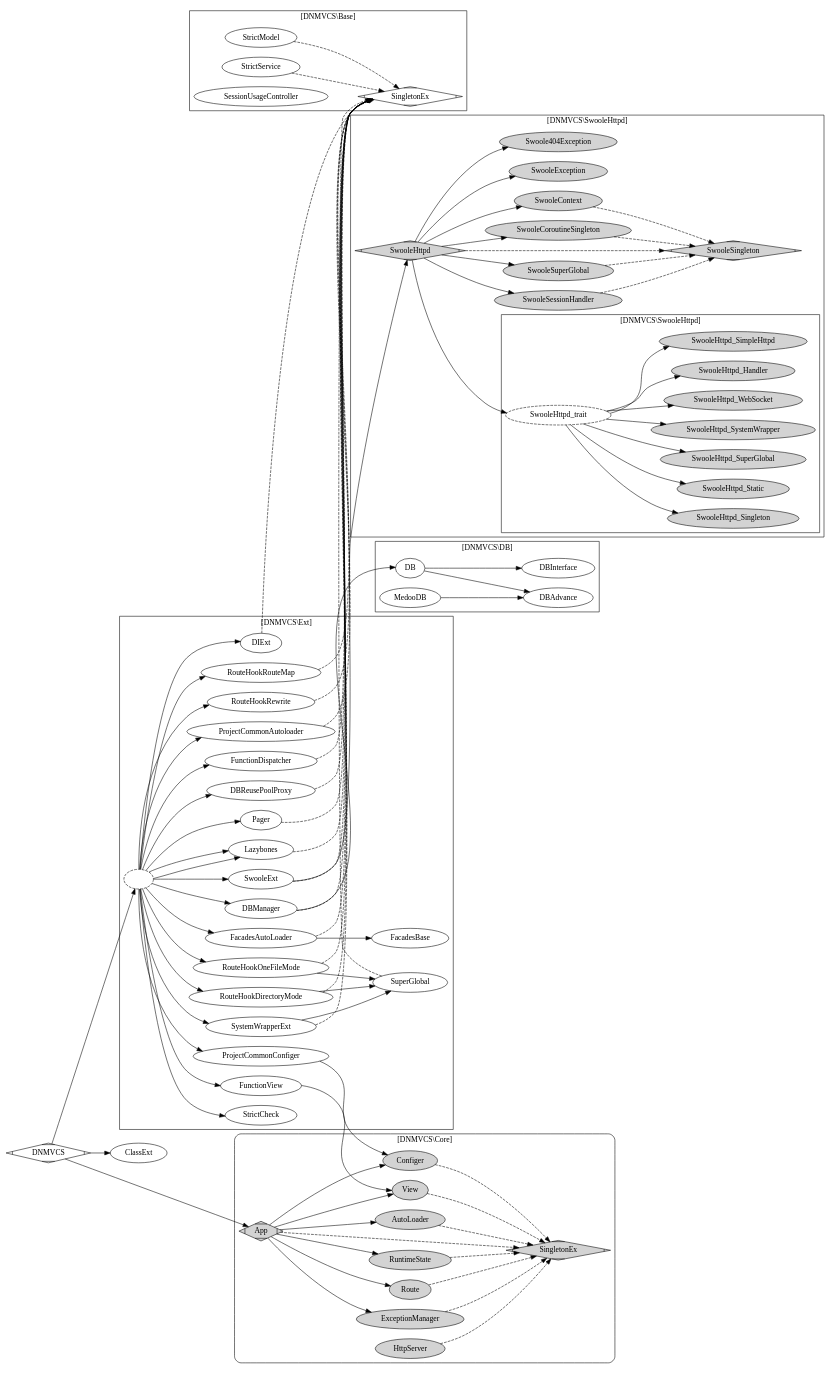
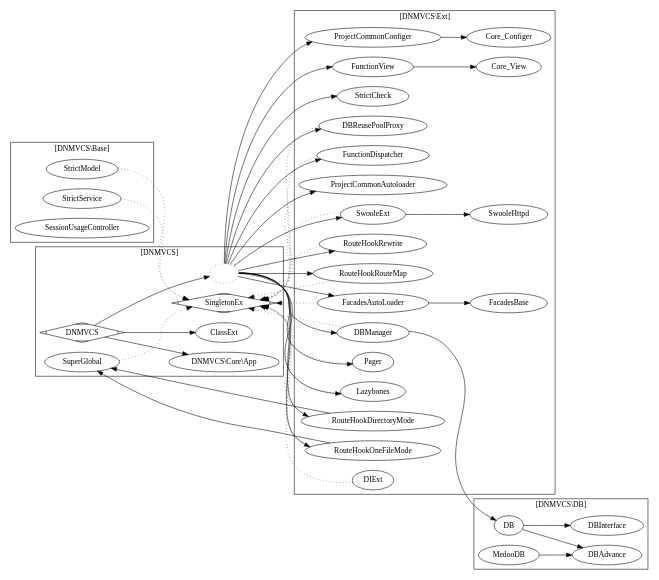
One commit to dvaknheo/duckphp changed the diagram in doc/dnmvcs.gv. Above: the diagram before and after it, drawn with Graphviz. The commit also changed 2 other files, not shown here.

Commit message:
更新 Framework 结构图

```diff
--- a/doc/dnmvcs.gv
+++ b/doc/dnmvcs.gv
@@ -1,175 +1,101 @@
 digraph G{
 /* This is a graphviz file */
 graph [rankdir = "LR"];
+    SingletonEx [shape=Mdiamond];
 
+subgraph cluster_DNMVCS {
+    label = "[DNMVCS]";
 
+    DNMVCS -> Core_App;
+    DNMVCS -> ClassExt;
 
-SingletonEx;
+    DNMVCS -> Ext;
 
+    
+    SuperGlobal -> SingletonEx[style="dotted"]; 
+    
+    ClassExt;
+    SuperGlobal;
+    DNMVCS [shape=Mdiamond];
+    
+    Core_App[label="DNMVCS\\Core\\App"];
+
+}
 subgraph cluster_Base {
     label = "[DNMVCS\\Base]";
-StrictModel -> SingletonEx [style="dashed"]; 
-StrictService -> SingletonEx [style="dashed"]; 
+StrictModel -> SingletonEx [style="dotted"]; 
+StrictService -> SingletonEx [style="dotted"]; 
 SessionUsageController;
-}
-subgraph cluster_SwooleHttpd {
-    node [style=filled];
-    label = "[DNMVCS\\SwooleHttpd]";
-
-subgraph cluster_SwooleHttpd_trait {
-
-SwooleHttpd_trait [style="dashed"];
-SwooleHttpd_trait -> SwooleHttpd_SimpleHttpd;
-SwooleHttpd_trait -> SwooleHttpd_Singleton;
-SwooleHttpd_trait -> SwooleHttpd_Static;
-SwooleHttpd_trait -> SwooleHttpd_SuperGlobal;
-SwooleHttpd_trait -> SwooleHttpd_SystemWrapper;
-SwooleHttpd_trait -> SwooleHttpd_WebSocket;
-SwooleHttpd_trait -> SwooleHttpd_Handler;
-
-}
-SwooleHttpd -> SwooleHttpd_trait;
-
-SwooleHttpd -> SwooleCoroutineSingleton;
-SwooleHttpd -> SwooleContext;
-SwooleHttpd -> SwooleException;
-SwooleHttpd -> Swoole404Exception;
-
-SwooleHttpd -> SwooleSessionHandler;
-SwooleHttpd -> SwooleSuperGlobal;
-
-
-SwooleHttpd -> SwooleSingleton [style="dashed"];
-SwooleCoroutineSingleton -> SwooleSingleton [style="dashed"];
-SwooleContext -> SwooleSingleton [style="dashed"];
-SwooleSuperGlobal -> SwooleSingleton [style="dashed"];
-SwooleSessionHandler -> SwooleSingleton [style="dashed"];
-
-SwooleHttpd [label="SwooleHttpd";shape=Mdiamond];
-SwooleSingleton [label="SwooleSingleton";shape=Mdiamond];
-
-SwooleCoroutineSingleton [label="SwooleCoroutineSingleton"];
-SwooleException [label="SwooleException"];
-Swoole404Exception [label="Swoole404Exception"];
-SwooleContext [label="SwooleContext"];
-SwooleSuperGlobal [label="SwooleSuperGlobal"];
-SwooleSessionHandler [label="SwooleSessionHandler"];
-
-}
-subgraph cluster_Core {
-    style = "rounded";
-    label = "[DNMVCS\\Core]";
-    node [style=filled];
-    
-    Core_App -> Core_AutoLoader ;
-    Core_App -> Core_ExceptionManager;
-    Core_App -> Core_View;
-    Core_App -> Core_Configer;
-    Core_App -> Core_Route;
-    Core_App -> Core_RuntimeState;
-    
-    Core_App -> Core_SingletonEx [style="dashed"];
-    Core_AutoLoader -> Core_SingletonEx [style="dashed"];
-    Core_ExceptionManager -> Core_SingletonEx [style="dashed"];
-    Core_View -> Core_SingletonEx [style="dashed"];
-    Core_Configer -> Core_SingletonEx [style="dashed"];
-    Core_Route -> Core_SingletonEx [style="dashed"];
-    Core_RuntimeState -> Core_SingletonEx [style="dashed"];
-    
-    Core_HttpServer -> Core_SingletonEx [style="dashed"];
-
-    Core_App [label="App";shape=Mdiamond];
-    Core_SingletonEx [label="SingletonEx";shape=Mdiamond];
-    Core_AutoLoader [label="AutoLoader"];
-    Core_ExceptionManager [label="ExceptionManager"];
-    Core_View [label="View"];
-    Core_Configer [label="Configer"];
-    Core_Route [label="Route"];
-    Core_RuntimeState [label="RuntimeState"];
-    Core_HttpServer [label="HttpServer"];
 }
 
 
 subgraph cluster_DB {
     label = "[DNMVCS\\DB]";
 
 DB_DB -> DB_DBAdvance;
 DB_DB -> DB_DBInterface;
 DB_MedooDB -> DB_DBAdvance;
 
 DB_DB [label="DB"];
 DB_DBAdvance [label="DBAdvance"];
 DB_DBInterface [label="DBInterface"];
 DB_MedooDB [label="MedooDB"];
 
 
 }
+
+
+
+
+
+
 subgraph cluster_Ext {
 label = "[DNMVCS\\Ext]";
-
+    Ext;
     Ext -> SwooleExt;
     Ext -> RouteHookRewrite;
     Ext -> RouteHookRouteMap;
-    Ext -> DIExt;
     Ext -> StrictCheck;
     
-    Ext -> SystemWrapperExt -> SuperGlobal;
     Ext -> DBManager -> DB_DB;
     
-    Ext -> Lazybones;
     Ext -> Pager;
 
 
     SwooleExt-> SwooleHttpd;
     
-    SwooleExt -> SingletonEx[style="dashed"]; 
-    RouteHookRewrite -> SingletonEx[style="dashed"]; 
-    RouteHookRouteMap -> SingletonEx [style="dashed"]; 
-    SystemWrapperExt -> SingletonEx [style="dashed"]; 
-    DBManager -> SingletonEx [style="dashed"]; 
+    SwooleExt -> SingletonEx[style="dotted"]; 
+    RouteHookRewrite -> SingletonEx[style="dotted"]; 
+    RouteHookRouteMap -> SingletonEx [style="dotted"]; 
+    DBManager -> SingletonEx [style="dotted"]; 
     
-    DIExt -> SingletonEx [style="dashed"]; 
-    Lazybones -> SingletonEx [style="dashed"]; 
+    DIExt -> SingletonEx [style="dotted"]; 
+    Lazybones -> SingletonEx [style="dotted"]; 
     
- 
-
-
     Ext -> Lazybones;
     Ext -> DBReusePoolProxy; 
     Ext -> FunctionDispatcher;
     Ext -> ProjectCommonAutoloader;
     Ext -> FacadesAutoLoader;
     Ext -> RouteHookDirectoryMode;
     Ext -> RouteHookOneFileMode;
     Ext -> ProjectCommonConfiger -> Core_Configer;
     Ext -> FunctionView  -> Core_View;
     FacadesAutoLoader ->FacadesBase ;
     RouteHookDirectoryMode -> SuperGlobal;
     RouteHookOneFileMode -> SuperGlobal;
 
-    DBReusePoolProxy ->  SingletonEx [style="dashed"];  
-    FunctionDispatcher -> SingletonEx [style="dashed"]; 
-    ProjectCommonAutoloader -> SingletonEx [style="dashed"]; 
-    FacadesAutoLoader -> SingletonEx [style="dashed"]; 
-    RouteHookDirectoryMode -> SingletonEx [style="dashed"]; 
-    RouteHookOneFileMode -> SingletonEx [style="dashed"];
+    DBReusePoolProxy ->  SingletonEx [style="dotted"];  
+    FunctionDispatcher -> SingletonEx [style="dotted"]; 
+    ProjectCommonAutoloader -> SingletonEx [style="dotted"]; 
+    FacadesAutoLoader -> SingletonEx [style="dotted"]; 
+    RouteHookDirectoryMode -> SingletonEx [style="dotted"]; 
+    RouteHookOneFileMode -> SingletonEx [style="dotted"];
 
-Pager -> SingletonEx [style="dashed"]; 
+Pager -> SingletonEx [style="dotted"]; 
 
-    Ext [label="";style="dashed"];
+    Ext [label="";style="dotted"];
 
 }
 
-
-
-DNMVCS -> Core_App;
-DNMVCS -> Ext;
-DNMVCS -> ClassExt;
-
-    DNMVCS [shape=Mdiamond];
-    SingletonEx [shape=Mdiamond];
-    SuperGlobal;
-    
-    SuperGlobal -> SingletonEx[style="dashed"]; 
-
 }
```
